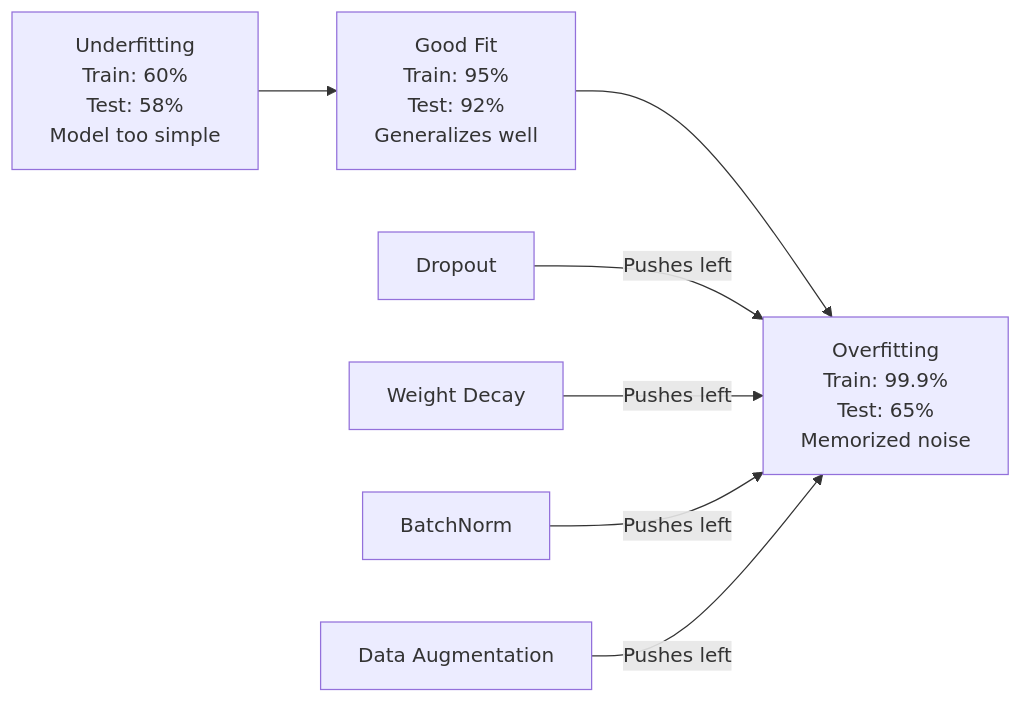
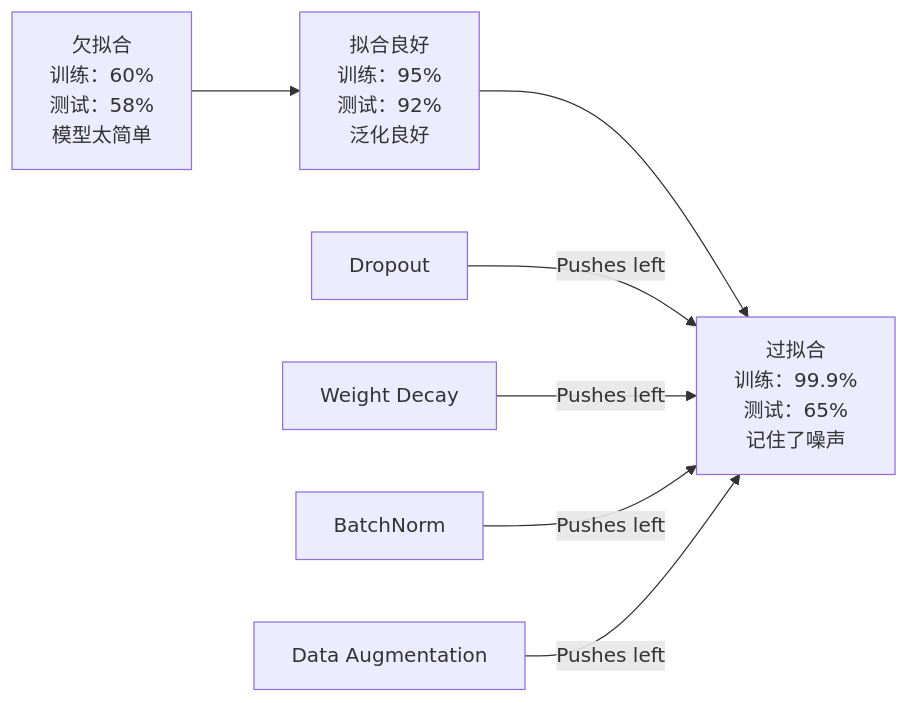
The first of 3 diagrams in phases/03-deep-learning-core/07-regularization/docs/zh.md (omigaZen/ai-engineering-from-scratch), drawn with Mermaid before and after one commit.

Commit message:
feat(phase-03/07): refine zh regularization wording

````diff
--- a/phases/03-deep-learning-core/07-regularization/docs/zh.md
+++ b/phases/03-deep-learning-core/07-regularization/docs/zh.md
@@ -29,10 +29,10 @@
 ```mermaid
 graph LR
-    Under["Underfitting<br/>Train: 60%<br/>Test: 58%<br/>Model too simple"] --> Good["Good Fit<br/>Train: 95%<br/>Test: 92%<br/>Generalizes well"]
-    Good --> Over["Overfitting<br/>Train: 99.9%<br/>Test: 65%<br/>Memorized noise"]
+    Under["欠拟合<br/>训练：60%<br/>测试：58%<br/>模型太简单"] --> Good["拟合良好<br/>训练：95%<br/>测试：92%<br/>泛化良好"]
+    Good --> Over["过拟合<br/>训练：99.9%<br/>测试：65%<br/>记住了噪声"]
 
     Dropout["Dropout"] -->|"Pushes left"| Over
     WD["Weight Decay"] -->|"Pushes left"| Over
     BN["BatchNorm"] -->|"Pushes left"| Over
     Aug["Data Augmentation"] -->|"Pushes left"| Over
 ```
````
